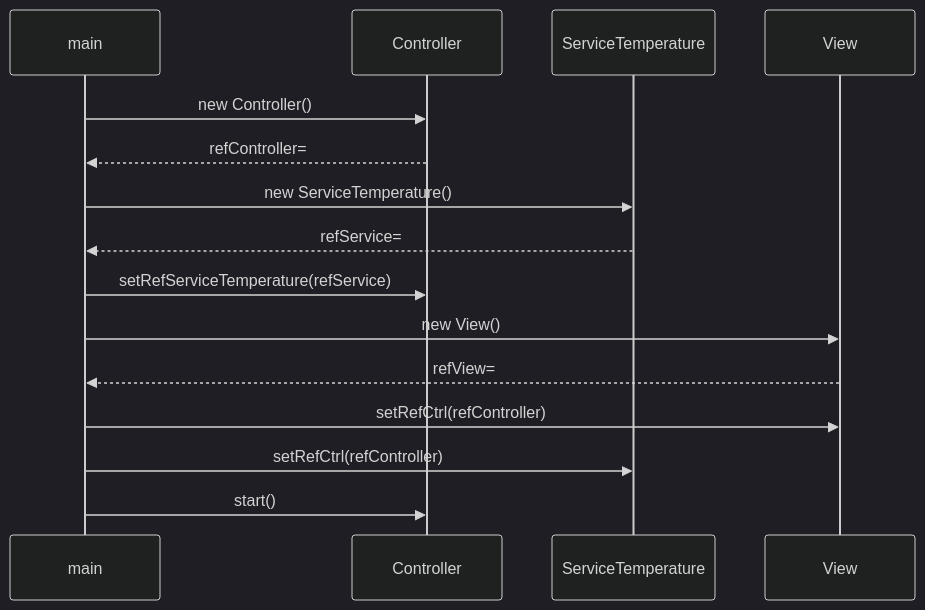
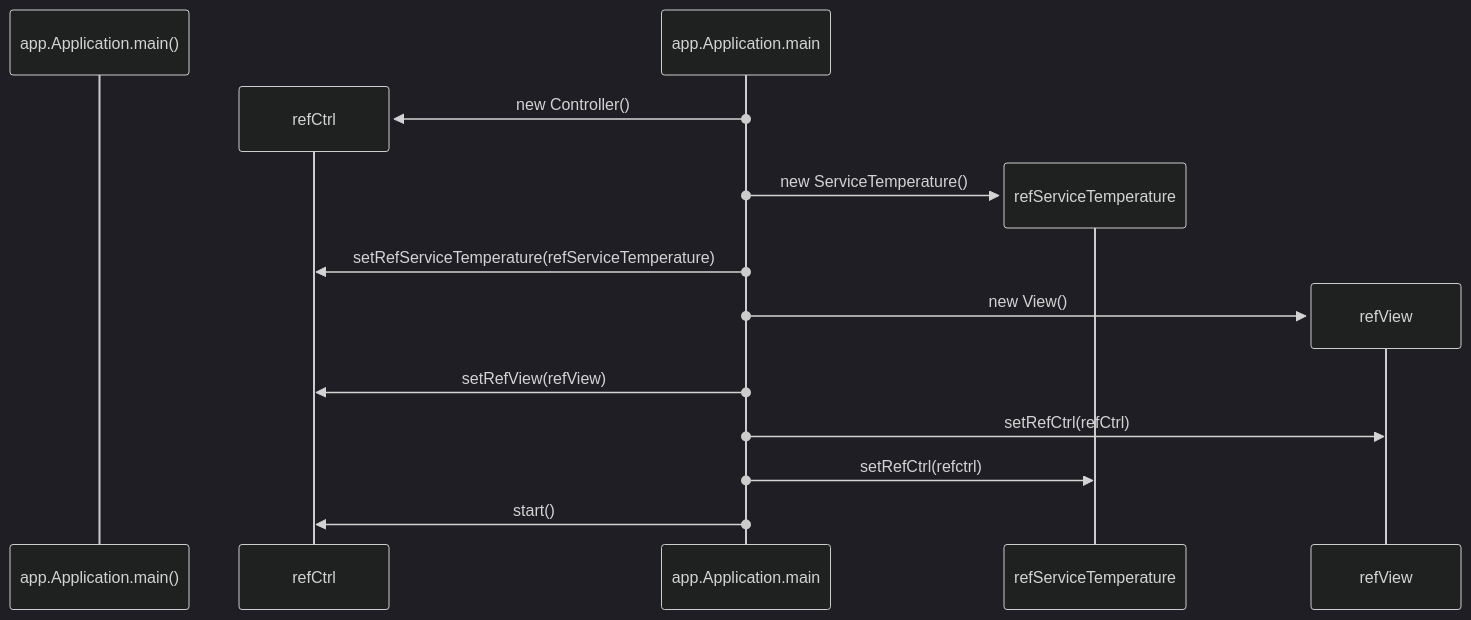
Before and after one commit to emf-info-d400/Ex07-ConvertisseurTemperature: the third of 3 diagrams in README.md, drawn with Mermaid (dark theme).

Commit message:
correction sequence diagram

````diff
--- a/README.md
+++ b/README.md
@@ -89,14 +89,15 @@
 ```mermaid
 sequenceDiagram
-    participant main
-    main->>Controller: new Controller()
-    Controller-->>main: refController=
-    main->>ServiceTemperature: new ServiceTemperature()
-    ServiceTemperature-->>main: refService=
-    main->>Controller: setRefServiceTemperature(refService)
-    main->>View: new View()
-    View-->>main: refView=
-    main->>View: setRefCtrl(refController)
-    main->>ServiceTemperature: setRefCtrl(refController)
-    main->>Controller: start()
+    participant app.Application.main()
+    create participant refCtrl
+    app.Application.main()->>refCtrl: new Controller()
+    create participant refServiceTemperature
+    app.Application.main()->>refServiceTemperature: new ServiceTemperature()
+    app.Application.main()->>refCtrl: setRefServiceTemperature(refServiceTemperature)
+    create participant refView
+    app.Application.main()->>refView: new View()
+    app.Application.main()->>refCtrl: setRefView(refView)
+    app.Application.main()->>refView: setRefCtrl(refCtrl)
+    app.Application.main()->>refServiceTemperature: setRefCtrl(refctrl)
+    app.Application.main()->>refCtrl: start()
 ```
````
